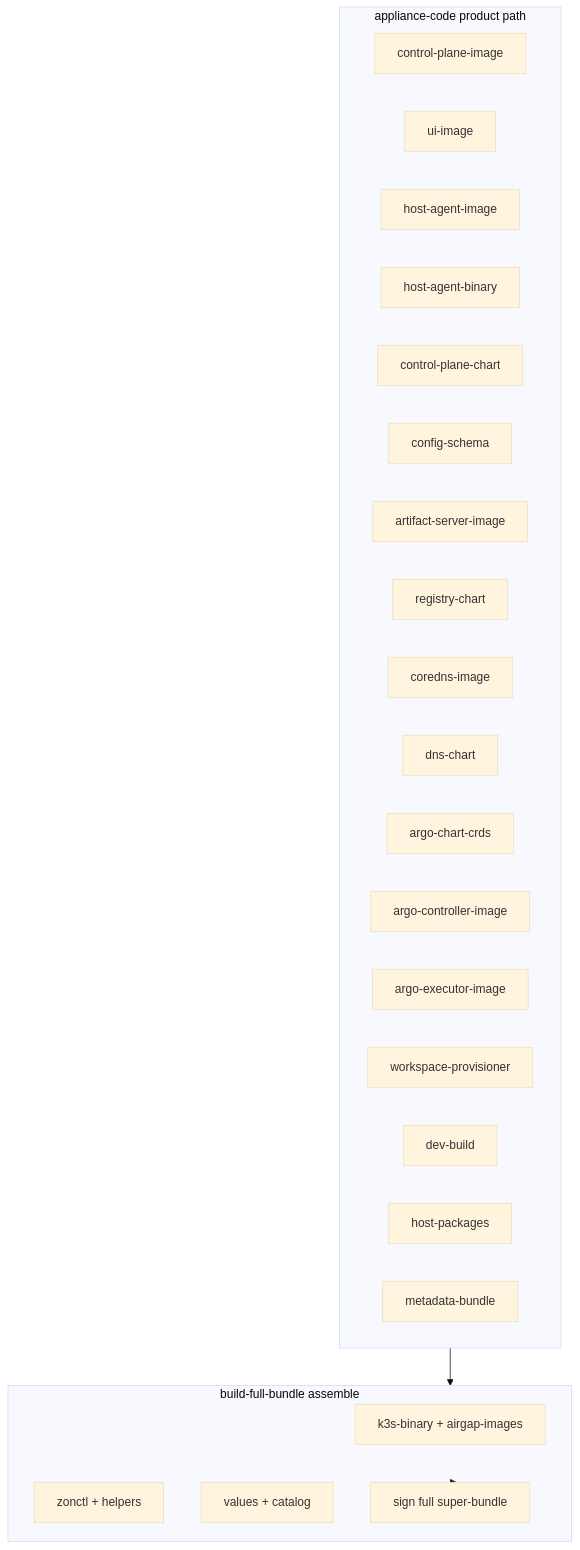
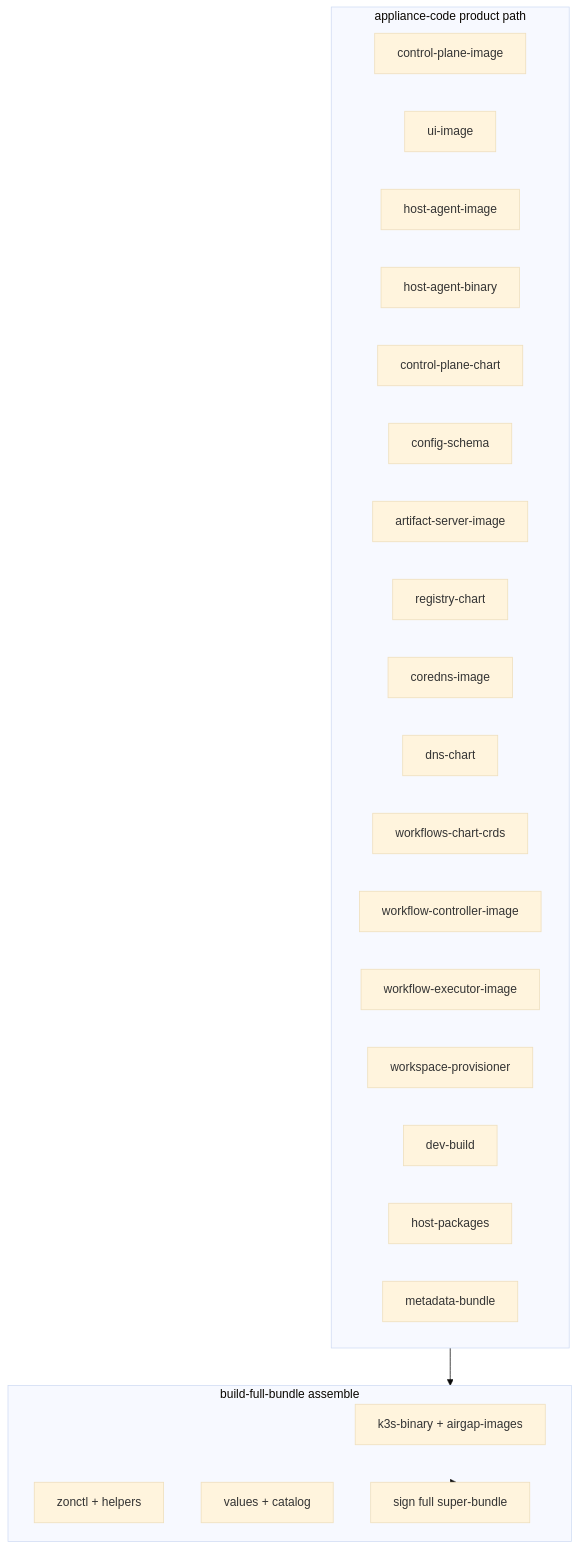
Before and after one commit to zoncaesaradmin/appliance-release: the diagram in docs/component-catalog.md, drawn with Mermaid (base theme). The commit also changed other lines of this file and 24 other files, not shown here.

Commit message:
rename argo everywhere to workflow

````diff
--- a/docs/component-catalog.md
+++ b/docs/component-catalog.md
@@ -19,30 +19,30 @@
 ```mermaid
 flowchart TB
   subgraph product [appliance-code product path]
     cpImg[control-plane-image]
     uiImg[ui-image]
     haImg[host-agent-image]
     haBin[host-agent-binary]
     chart[control-plane-chart]
     schema[config-schema]
     artifactServerImg[artifact-server-image]
     artifactServerChart[registry-chart]
     dnsImg[coredns-image]
     dnsChart[dns-chart]
-    argoChart[argo-chart-crds]
-    argoCtrl[argo-controller-image]
-    argoExec[argo-executor-image]
+    workflowsChart[workflows-chart-crds]
+    workflowsCtrl[workflow-controller-image]
+    workflowsExec[workflow-executor-image]
     prov[workspace-provisioner]
     devBuild[dev-build]
     hostPkgs[host-packages]
     meta[metadata-bundle]
   end
   subgraph host [build-full-bundle assemble]
     k3s[k3s-binary + airgap-images]
     zonctl[zonctl + helpers]
     values[values + catalog]
     sign[sign full super-bundle]
   end
   product --> host
   host --> sign
 ```
````
